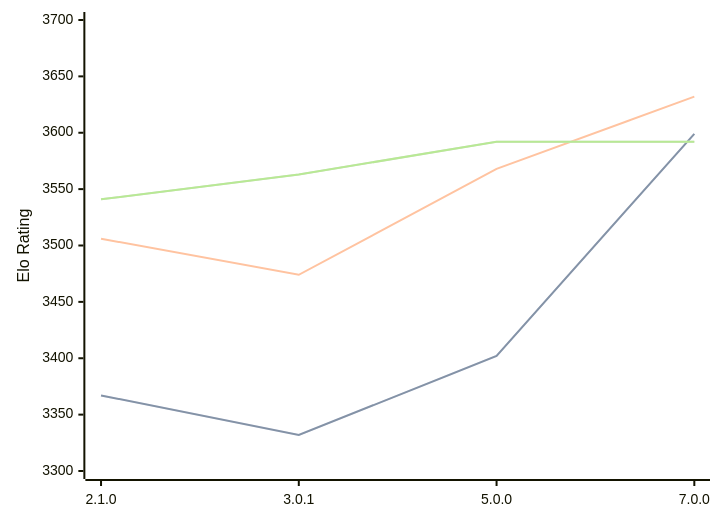
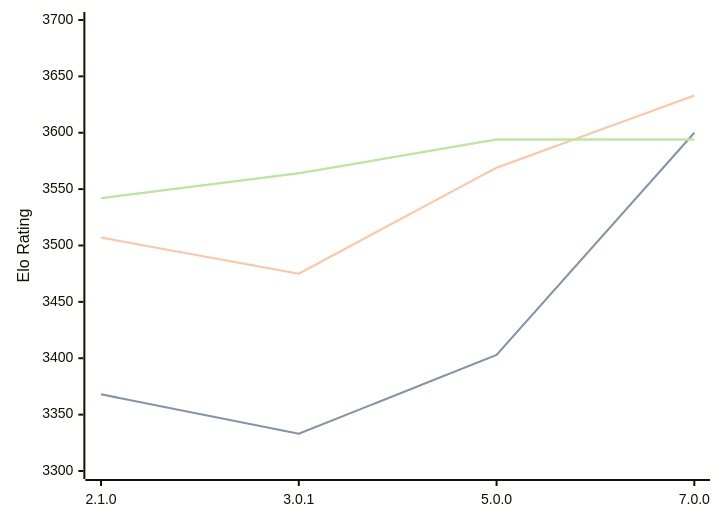
Before and after one commit to computer-chess-index/cci: the diagram in engines/PlentyChess.md, drawn with Mermaid. The commit also changed other lines of this file, not shown here.

Commit message:
Update CCI Ratings (ELO VLTC) - 2026-02-21

````diff
--- a/engines/PlentyChess.md
+++ b/engines/PlentyChess.md
@@ -42,11 +42,11 @@
 ```mermaid
 %%{init: {"theme":"base","themeVariables":{"seriesColors:['#a3a3a3','#222221','#faa371']}}}%%
 xychart-beta
   x-axis ["2.1.0", "3.0.1", "5.0.0", "7.0.0"]
   y-axis "Elo Rating" 3300 --> 3700
-  line "STC (8.0+0.08s)" [3367, 3332, 3402, 3599]
-  line "STC (8.0+0.08s)" [3367, 3332, 3402, 3599]
-  line "LTC (60.0+0.60s)" [3506, 3474, 3568, 3632]
-  line "VLTC (2m24s+1.12s)" [3541, 3563, 3592, 3592]
-  line "VLTC (2m24s+1.12s)" [3541, 3563, 3592, 3592]
+  line "STC (8.0+0.08s)" [3368, 3333, 3403, 3600]
+  line "STC (8.0+0.08s)" [3368, 3333, 3403, 3600]
+  line "LTC (60.0+0.60s)" [3507, 3475, 3569, 3633]
+  line "VLTC (2m24s+1.12s)" [3542, 3564, 3594, 3594]
+  line "VLTC (2m24s+1.12s)" [3542, 3564, 3594, 3594]
 ```
````
